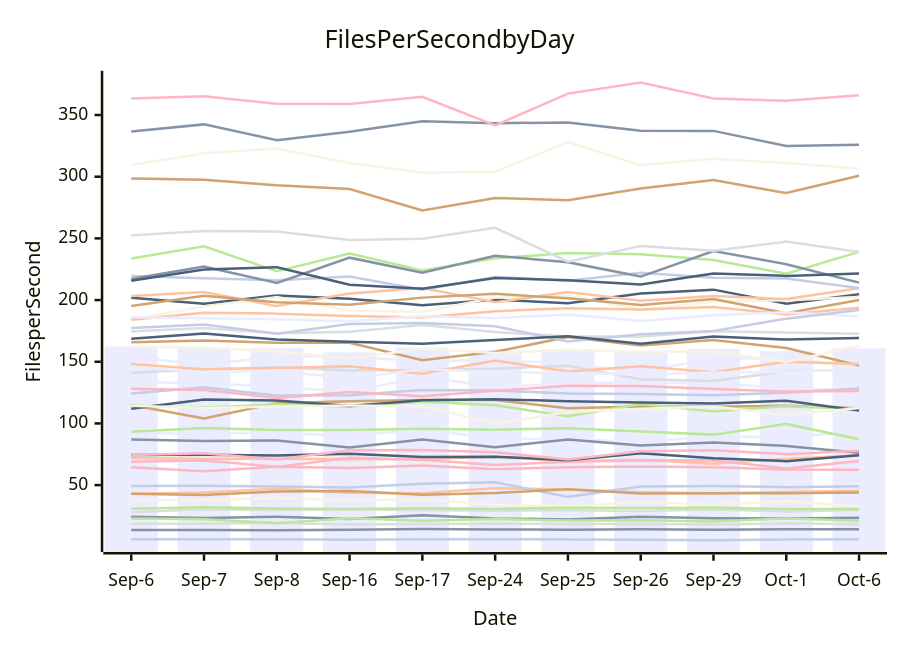
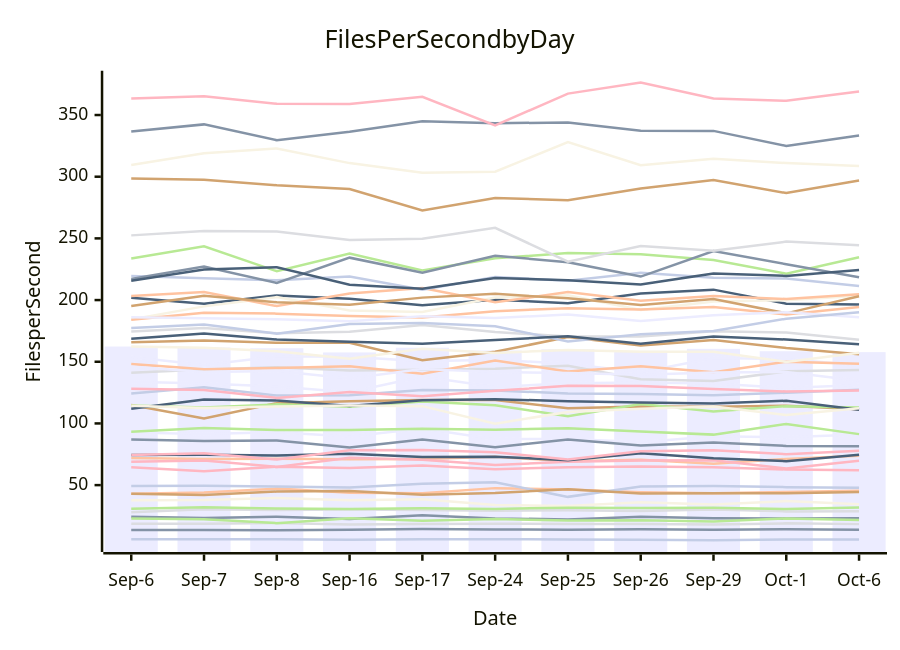
The diagram in perf-report.md (streetsidesoftware/cspell), drawn with Mermaid before and after one commit. The commit also changed other lines of this file and 1 other file, not shown here.

````diff
--- a/perf-report.md
+++ b/perf-report.md
@@ -10,57 +10,57 @@
 ```mermaid
 xychart-beta
     title Files Per Second by Day
     y-axis Files per Second
     x-axis Date [Sep-6, Sep-7, Sep-8, Sep-16, Sep-17, Sep-24, Sep-25, Sep-26, Sep-29, Oct-1, Oct-6]
-    bar [162.34, 161.56, 160.97, 157.55, 161.35, 159.12, 160.20, 158.85, 160.46, 158.54, 160.80]
-    line [24.42, 23.30, 24.35, 22.54, 25.54, 23.00, 22.21, 24.38, 23.05, 22.85, 23.51]
-    line [42.91, 44.10, 47.18, 43.88, 43.41, 47.56, 46.43, 44.28, 43.43, 44.41, 45.44]
-    line [18.65, 18.65, 19.33, 18.07, 18.42, 18.78, 18.52, 18.42, 18.07, 18.99, 18.31]
-    line [22.85, 22.27, 19.18, 23.11, 21.10, 22.62, 21.27, 21.60, 20.47, 22.93, 21.07]
-    line [114.93, 104.04, 116.42, 117.89, 118.96, 119.04, 112.27, 113.64, 113.59, 114.39, 112.36]
-    line [6.20, 6.14, 6.11, 5.78, 6.14, 6.07, 5.98, 5.68, 5.41, 5.92, 6.04]
-    line [64.50, 61.26, 64.86, 63.96, 65.83, 62.91, 64.44, 65.18, 64.56, 62.65, 62.43]
-    line [201.97, 197.12, 203.70, 201.07, 195.90, 200.29, 197.49, 205.32, 208.45, 197.08, 204.63]
-    line [37.82, 37.98, 39.62, 37.64, 38.51, 33.90, 33.12, 36.15, 34.22, 37.04, 32.63]
-    line [133.80, 132.37, 129.87, 125.28, 138.07, 129.51, 132.51, 133.16, 132.31, 128.76, 126.60]
-    line [13.63, 13.57, 13.40, 13.81, 14.35, 14.04, 13.83, 14.23, 13.74, 14.24, 14.20]
-    line [71.94, 71.15, 71.34, 71.01, 71.23, 73.00, 69.32, 70.55, 67.39, 71.27, 74.42]
-    line [174.59, 177.44, 173.15, 174.36, 179.74, 174.18, 170.43, 170.45, 174.63, 173.65, 172.60]
-    line [114.46, 112.83, 115.47, 113.56, 117.79, 114.76, 105.80, 115.76, 109.67, 113.99, 111.76]
-    line [298.52, 297.48, 293.09, 290.03, 272.63, 282.67, 280.96, 290.36, 297.31, 286.74, 300.74]
-    line [124.27, 129.39, 122.55, 122.88, 127.08, 126.63, 124.32, 123.86, 122.76, 124.85, 128.27]
-    line [68.94, 69.89, 64.77, 72.12, 70.50, 66.34, 68.88, 70.01, 70.14, 63.55, 69.47]
-    line [111.85, 119.40, 118.51, 114.20, 118.71, 119.64, 118.05, 116.99, 116.24, 118.39, 110.55]
-    line [184.22, 194.88, 202.40, 191.56, 190.37, 202.02, 203.87, 192.01, 198.88, 199.85, 202.40]
-    line [92.55, 91.52, 92.79, 89.51, 95.95, 87.21, 87.42, 84.85, 89.53, 88.83, 93.35]
-    line [336.60, 342.41, 329.55, 336.36, 345.01, 343.35, 343.97, 337.30, 337.13, 324.92, 325.88]
-    line [203.39, 206.55, 195.11, 205.27, 209.68, 198.18, 206.47, 199.39, 203.39, 200.83, 209.63]
-    line [27.92, 30.43, 29.89, 30.21, 29.92, 29.23, 29.70, 28.98, 30.17, 28.67, 29.77]
-    line [233.61, 243.66, 223.35, 237.82, 223.98, 233.86, 238.09, 237.21, 232.50, 221.42, 239.10]
-    line [195.23, 203.47, 198.25, 196.22, 201.98, 205.02, 201.39, 195.94, 200.94, 189.24, 200.12]
-    line [219.44, 217.73, 216.08, 219.15, 208.36, 218.68, 215.66, 222.06, 218.14, 217.51, 209.70]
-    line [128.13, 127.03, 120.72, 125.41, 122.07, 126.43, 130.53, 130.33, 127.99, 125.90, 126.36]
-    line [74.43, 74.58, 74.02, 75.50, 72.83, 73.03, 70.23, 75.87, 71.80, 69.38, 74.19]
-    line [309.43, 319.09, 322.91, 311.02, 303.26, 304.00, 328.11, 309.34, 314.63, 311.05, 306.67]
-    line [153.87, 147.46, 154.39, 153.96, 150.40, 151.64, 148.32, 141.41, 152.96, 152.29, 146.67]
-    line [217.15, 227.16, 213.82, 234.37, 222.15, 235.99, 230.67, 219.04, 239.66, 229.06, 214.17]
-    line [184.03, 189.81, 189.01, 187.14, 185.91, 190.99, 193.37, 192.37, 194.39, 188.26, 193.85]
-    line [141.02, 143.66, 145.59, 142.94, 143.60, 144.39, 146.81, 135.80, 134.31, 142.24, 143.59]
-    line [30.88, 32.09, 31.08, 30.60, 31.19, 30.72, 31.67, 31.52, 31.59, 30.62, 30.55]
-    line [165.73, 167.27, 165.39, 165.37, 151.18, 158.06, 170.07, 163.11, 167.69, 161.21, 146.94]
-    line [49.35, 49.58, 48.85, 47.97, 51.02, 52.29, 40.48, 48.89, 49.28, 48.37, 49.05]
-    line [363.32, 365.30, 359.11, 358.89, 364.75, 341.57, 367.34, 376.26, 363.37, 361.56, 366.09]
-    line [215.63, 224.82, 226.65, 212.42, 209.15, 217.97, 216.10, 212.71, 221.60, 219.58, 221.52]
-    line [114.35, 112.51, 113.70, 114.44, 114.03, 99.84, 109.30, 111.81, 113.74, 106.75, 112.56]
-    line [186.05, 185.31, 184.47, 182.86, 186.84, 185.48, 188.32, 183.01, 187.77, 190.16, 186.67]
-    line [86.90, 85.78, 86.18, 80.59, 86.98, 80.71, 87.03, 82.08, 84.54, 81.78, 76.16]
-    line [148.18, 143.83, 145.01, 146.41, 140.36, 151.00, 142.17, 146.26, 141.54, 150.02, 148.20]
-    line [252.44, 256.07, 255.58, 248.63, 249.79, 258.60, 231.14, 243.74, 239.90, 247.38, 238.97]
-    line [93.19, 96.28, 94.70, 94.66, 95.59, 94.92, 96.04, 93.49, 90.93, 99.59, 87.11]
-    line [43.01, 41.97, 44.80, 45.26, 42.13, 43.68, 46.57, 43.13, 43.45, 43.36, 43.95]
-    line [177.43, 180.28, 172.77, 180.61, 181.38, 178.77, 166.50, 172.24, 175.00, 184.88, 191.93]
-    line [74.33, 75.84, 70.78, 78.20, 78.52, 76.56, 70.74, 77.36, 78.18, 75.07, 77.94]
-    line [168.71, 172.84, 167.97, 166.22, 164.57, 167.61, 170.71, 164.68, 170.44, 168.02, 169.27]
-    line [162.42, 161.26, 158.45, 152.45, 160.47, 157.19, 159.48, 158.08, 158.04, 149.87, 163.03]
-    line [146.03, 141.67, 142.57, 136.52, 144.05, 141.65, 140.89, 139.38, 141.22, 141.74, 144.00]
+    bar [162.34, 161.56, 160.97, 157.55, 161.35, 159.12, 160.20, 158.85, 160.46, 158.54, 157.78]
+    line [24.42, 23.30, 24.35, 22.54, 25.54, 23.00, 22.21, 24.38, 23.05, 22.85, 23.16]
+    line [42.91, 44.10, 47.18, 43.88, 43.41, 47.56, 46.43, 44.28, 43.43, 44.41, 45.48]
+    line [18.65, 18.65, 19.33, 18.07, 18.42, 18.78, 18.52, 18.42, 18.07, 18.99, 18.38]
+    line [22.85, 22.27, 19.18, 23.11, 21.10, 22.62, 21.27, 21.60, 20.47, 22.93, 21.69]
+    line [114.93, 104.04, 116.42, 117.89, 118.96, 119.04, 112.27, 113.64, 113.59, 114.39, 111.42]
+    line [6.20, 6.14, 6.11, 5.78, 6.14, 6.07, 5.98, 5.68, 5.41, 5.92, 6.00]
+    line [64.50, 61.26, 64.86, 63.96, 65.83, 62.91, 64.44, 65.18, 64.56, 62.65, 62.01]
+    line [201.97, 197.12, 203.70, 201.07, 195.90, 200.29, 197.49, 205.32, 208.45, 197.08, 196.39]
+    line [37.82, 37.98, 39.62, 37.64, 38.51, 33.90, 33.12, 36.15, 34.22, 37.04, 34.53]
+    line [133.80, 132.37, 129.87, 125.28, 138.07, 129.51, 132.51, 133.16, 132.31, 128.76, 131.24]
+    line [13.63, 13.57, 13.40, 13.81, 14.35, 14.04, 13.83, 14.23, 13.74, 14.24, 13.86]
+    line [71.94, 71.15, 71.34, 71.01, 71.23, 73.00, 69.32, 70.55, 67.39, 71.27, 73.77]
+    line [174.59, 177.44, 173.15, 174.36, 179.74, 174.18, 170.43, 170.45, 174.63, 173.65, 167.92]
+    line [114.46, 112.83, 115.47, 113.56, 117.79, 114.76, 105.80, 115.76, 109.67, 113.99, 112.94]
+    line [298.52, 297.48, 293.09, 290.03, 272.63, 282.67, 280.96, 290.36, 297.31, 286.74, 296.93]
+    line [124.27, 129.39, 122.55, 122.88, 127.08, 126.63, 124.32, 123.86, 122.76, 124.85, 127.28]
+    line [68.94, 69.89, 64.77, 72.12, 70.50, 66.34, 68.88, 70.01, 70.14, 63.55, 69.72]
+    line [111.85, 119.40, 118.51, 114.20, 118.71, 119.64, 118.05, 116.99, 116.24, 118.39, 111.00]
+    line [184.22, 194.88, 202.40, 191.56, 190.37, 202.02, 203.87, 192.01, 198.88, 199.85, 203.55]
+    line [92.55, 91.52, 92.79, 89.51, 95.95, 87.21, 87.42, 84.85, 89.53, 88.83, 91.13]
+    line [336.60, 342.41, 329.55, 336.36, 345.01, 343.35, 343.97, 337.30, 337.13, 324.92, 333.43]
+    line [203.39, 206.55, 195.11, 205.27, 209.68, 198.18, 206.47, 199.39, 203.39, 200.83, 204.79]
+    line [27.92, 30.43, 29.89, 30.21, 29.92, 29.23, 29.70, 28.98, 30.17, 28.67, 28.81]
+    line [233.61, 243.66, 223.35, 237.82, 223.98, 233.86, 238.09, 237.21, 232.50, 221.42, 234.66]
+    line [195.23, 203.47, 198.25, 196.22, 201.98, 205.02, 201.39, 195.94, 200.94, 189.24, 203.08]
+    line [219.44, 217.73, 216.08, 219.15, 208.36, 218.68, 215.66, 222.06, 218.14, 217.51, 211.32]
+    line [128.13, 127.03, 120.72, 125.41, 122.07, 126.43, 130.53, 130.33, 127.99, 125.90, 126.66]
+    line [74.43, 74.58, 74.02, 75.50, 72.83, 73.03, 70.23, 75.87, 71.80, 69.38, 74.54]
+    line [309.43, 319.09, 322.91, 311.02, 303.26, 304.00, 328.11, 309.34, 314.63, 311.05, 308.73]
+    line [153.87, 147.46, 154.39, 153.96, 150.40, 151.64, 148.32, 141.41, 152.96, 152.29, 147.14]
+    line [217.15, 227.16, 213.82, 234.37, 222.15, 235.99, 230.67, 219.04, 239.66, 229.06, 218.48]
+    line [184.03, 189.81, 189.01, 187.14, 185.91, 190.99, 193.37, 192.37, 194.39, 188.26, 194.31]
+    line [141.02, 143.66, 145.59, 142.94, 143.60, 144.39, 146.81, 135.80, 134.31, 142.24, 143.38]
+    line [30.88, 32.09, 31.08, 30.60, 31.19, 30.72, 31.67, 31.52, 31.59, 30.62, 31.79]
+    line [165.73, 167.27, 165.39, 165.37, 151.18, 158.06, 170.07, 163.11, 167.69, 161.21, 156.12]
+    line [49.35, 49.58, 48.85, 47.97, 51.02, 52.29, 40.48, 48.89, 49.28, 48.37, 47.88]
+    line [363.32, 365.30, 359.11, 358.89, 364.75, 341.57, 367.34, 376.26, 363.37, 361.56, 369.11]
+    line [215.63, 224.82, 226.65, 212.42, 209.15, 217.97, 216.10, 212.71, 221.60, 219.58, 224.28]
+    line [114.35, 112.51, 113.70, 114.44, 114.03, 99.84, 109.30, 111.81, 113.74, 106.75, 112.35]
+    line [186.05, 185.31, 184.47, 182.86, 186.84, 185.48, 188.32, 183.01, 187.77, 190.16, 185.98]
+    line [86.90, 85.78, 86.18, 80.59, 86.98, 80.71, 87.03, 82.08, 84.54, 81.78, 81.41]
+    line [148.18, 143.83, 145.01, 146.41, 140.36, 151.00, 142.17, 146.26, 141.54, 150.02, 148.37]
+    line [252.44, 256.07, 255.58, 248.63, 249.79, 258.60, 231.14, 243.74, 239.90, 247.38, 244.34]
+    line [93.19, 96.28, 94.70, 94.66, 95.59, 94.92, 96.04, 93.49, 90.93, 99.59, 91.34]
+    line [43.01, 41.97, 44.80, 45.26, 42.13, 43.68, 46.57, 43.13, 43.45, 43.36, 44.34]
+    line [177.43, 180.28, 172.77, 180.61, 181.38, 178.77, 166.50, 172.24, 175.00, 184.88, 190.21]
+    line [74.33, 75.84, 70.78, 78.20, 78.52, 76.56, 70.74, 77.36, 78.18, 75.07, 77.78]
+    line [168.71, 172.84, 167.97, 166.22, 164.57, 167.61, 170.71, 164.68, 170.44, 168.02, 164.09]
+    line [162.42, 161.26, 158.45, 152.45, 160.47, 157.19, 159.48, 158.08, 158.04, 149.87, 157.33]
+    line [146.03, 141.67, 142.57, 136.52, 144.05, 141.65, 140.89, 139.38, 141.22, 141.74, 134.66]
 ```
````
